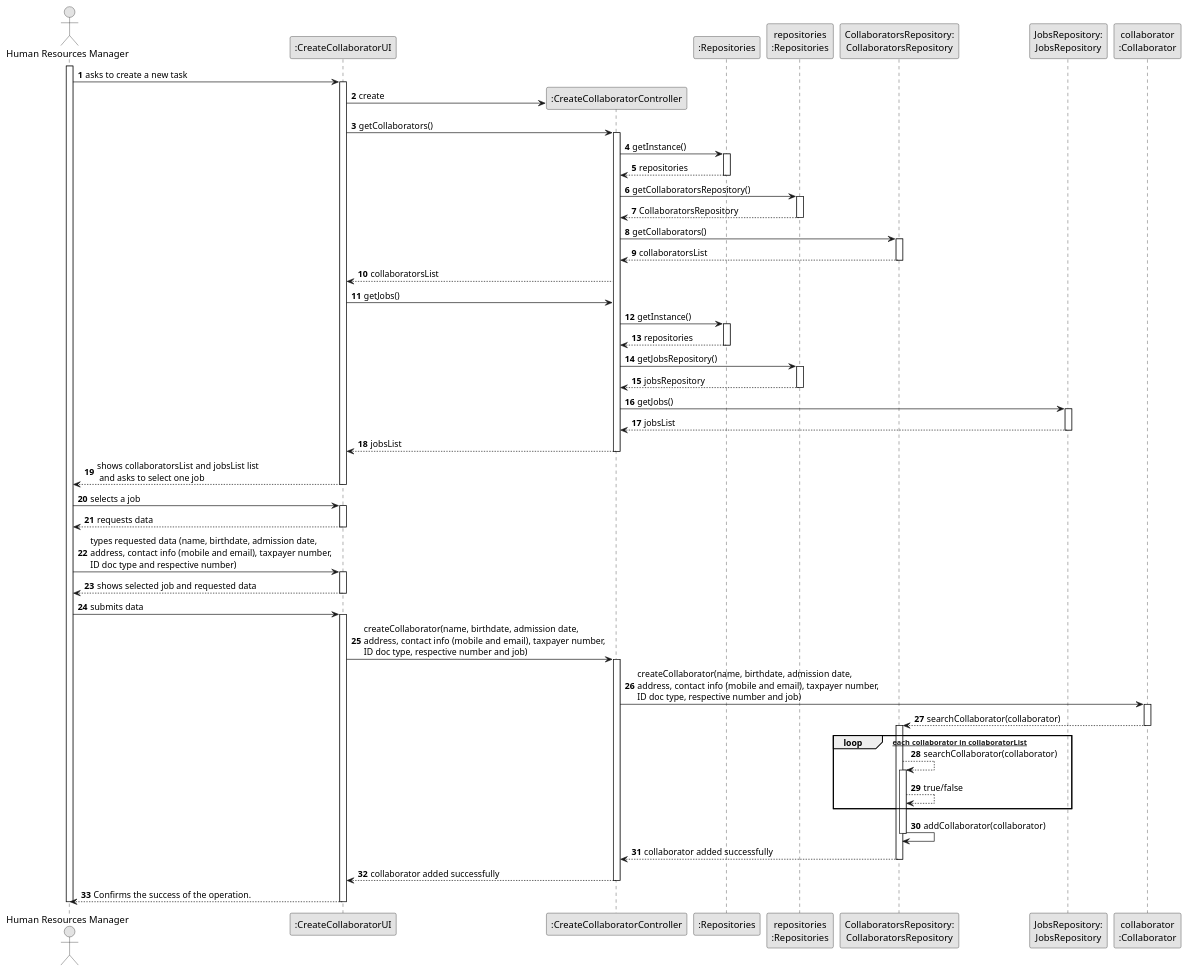
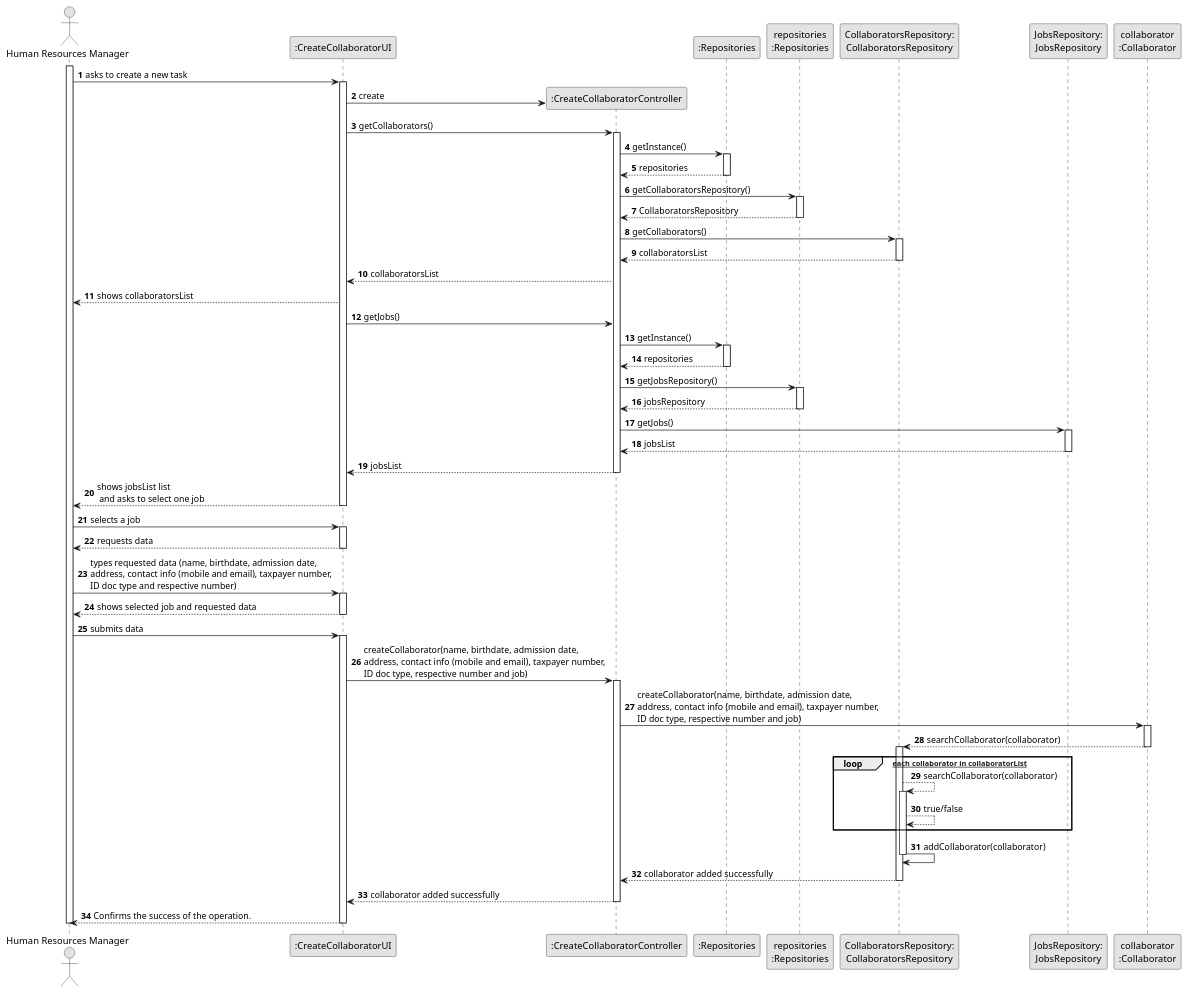
Before and after one commit to SAEmanuel/Green_Spaces_Management_ISEP: the diagram in docs/sprintB/us003/03.design/puml/us003-sequence-diagram-full.puml, drawn with PlantUML.

Commit message:
US3 Sequence diagram sixth draft

```diff
--- a/docs/sprintB/us003/03.design/puml/us003-sequence-diagram-full.puml
+++ b/docs/sprintB/us003/03.design/puml/us003-sequence-diagram-full.puml
@@ -1,122 +1,124 @@
 @startuml
 skinparam monochrome true
 skinparam packageStyle rectangle
 skinparam shadowing false
 
 autonumber
 
 'hide footbox
 actor "Human Resources Manager" as HRM
 participant ":CreateCollaboratorUI" as UI
 participant ":CreateCollaboratorController" as CTRL
 participant ":Repositories" as RepositorySingleton
 participant "repositories\n:Repositories" as PLAT
 participant "CollaboratorsRepository:\nCollaboratorsRepository" as CollaboratorsRepository
 participant "JobsRepository:\nJobsRepository" as JobsRepository
 participant "collaborator\n:Collaborator" as Collaborator
 
 activate HRM
 
         HRM -> UI : asks to create a new task
 
         activate UI
 
             UI -> CTRL** : create
 
             UI -> CTRL : getCollaborators()
             activate CTRL
 
                 CTRL -> RepositorySingleton : getInstance()
                 activate RepositorySingleton
 
                     RepositorySingleton --> CTRL: repositories
                 deactivate RepositorySingleton
 
                 CTRL -> PLAT : getCollaboratorsRepository()
                 activate PLAT
 
                     PLAT --> CTRL: CollaboratorsRepository
                 deactivate PLAT
 
                 CTRL -> CollaboratorsRepository : getCollaborators()
                 activate CollaboratorsRepository
 
                     CollaboratorsRepository --> CTRL : collaboratorsList
                 deactivate CollaboratorsRepository
 
                 CTRL --> UI : collaboratorsList
 
+                UI --> HRM : shows collaboratorsList
+
                 UI -> CTRL : getJobs()
 
                 CTRL -> RepositorySingleton : getInstance()
                                 activate RepositorySingleton
 
                                     RepositorySingleton --> CTRL: repositories
                                 deactivate RepositorySingleton
 
                                 CTRL -> PLAT : getJobsRepository()
                                 activate PLAT
 
                                     PLAT --> CTRL: jobsRepository
                                 deactivate PLAT
 
                 CTRL -> JobsRepository : getJobs()
                 activate JobsRepository
 
                     JobsRepository --> CTRL : jobsList
                 deactivate JobsRepository
 
                 CTRL --> UI : jobsList
             deactivate CTRL
 
-            UI --> HRM : shows collaboratorsList and jobsList list\n and asks to select one job
+            UI --> HRM : shows jobsList list\n and asks to select one job
         deactivate UI
 
     HRM -> UI : selects a job
     activate UI
 
         UI --> HRM : requests data
     deactivate UI
 
     HRM -> UI : types requested data (name, birthdate, admission date,\naddress, contact info (mobile and email), taxpayer number,\nID doc type and respective number)
     activate UI
 
         UI --> HRM : shows selected job and requested data
     deactivate UI
 
     HRM -> UI : submits data
     activate UI
 
         UI -> CTRL : createCollaborator(name, birthdate, admission date,\naddress, contact info (mobile and email), taxpayer number,\nID doc type, respective number and job)
         activate CTRL
 
             CTRL -> Collaborator : createCollaborator(name, birthdate, admission date,\naddress, contact info (mobile and email), taxpayer number,\nID doc type, respective number and job)
             activate Collaborator
 
             Collaborator --> CollaboratorsRepository : searchCollaborator(collaborator)
             deactivate Collaborator
             activate CollaboratorsRepository
 
             loop [for each collaborator in collaboratorList]
                 CollaboratorsRepository --> CollaboratorsRepository: searchCollaborator(collaborator)
                 activate CollaboratorsRepository
                     CollaboratorsRepository --> CollaboratorsRepository: true/false
             end
 
             CollaboratorsRepository -> CollaboratorsRepository : addCollaborator(collaborator)
                             deactivate CollaboratorsRepository
 
         CollaboratorsRepository --> CTRL : collaborator added successfully
         deactivate CollaboratorsRepository
         deactivate Collaborator
 
         CTRL --> UI: collaborator added successfully
         deactivate CTRL
 
         UI --> HRM: Confirms the success of the operation.
 
     deactivate UI
 
 deactivate HRM
 
 @enduml
```
